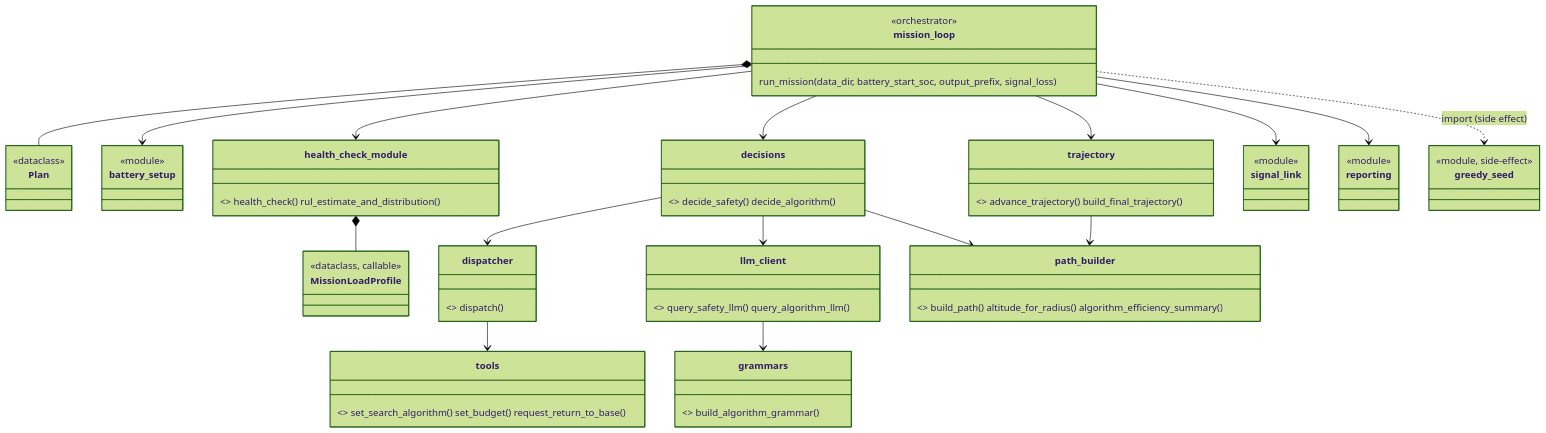
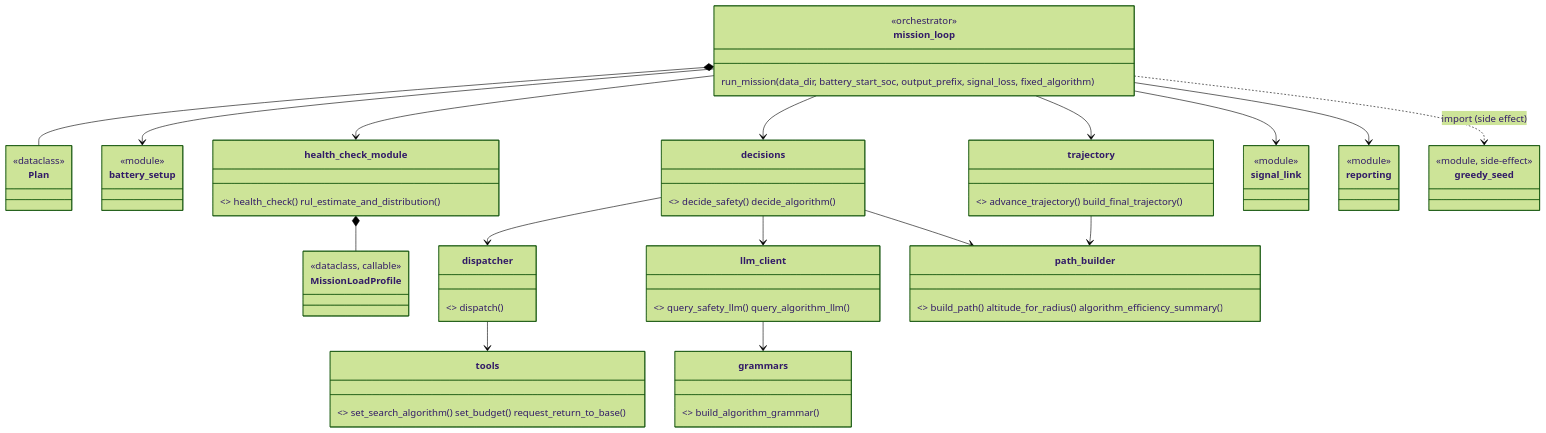
Before and after one commit to iris-cmd22/SARa: the diagram in README.md, drawn with Mermaid (forest theme). The commit also changed other lines of this file and 3 other files, not shown here.

````diff
--- a/README.md
+++ b/README.md
@@ -13,37 +13,37 @@
 ```mermaid
 classDiagram
     class mission_loop {
         <<orchestrator>>
-        run_mission(data_dir, battery_start_soc, output_prefix, signal_loss)
+        run_mission(data_dir, battery_start_soc, output_prefix, signal_loss, fixed_algorithm)
     }
     class Plan { <<dataclass>> }
     class path_builder { <<module>> build_path() altitude_for_radius() algorithm_efficiency_summary() }
     class health_check_module { <<module: health_check.py>> health_check() rul_estimate_and_distribution() }
     class MissionLoadProfile { <<dataclass, callable>> }
     class battery_setup { <<module>> }
     class greedy_seed { <<module, side-effect>> }
     class trajectory { <<module>> advance_trajectory() build_final_trajectory() }
     class decisions { <<module>> decide_safety() decide_algorithm() }
     class dispatcher { <<module>> dispatch() }
     class tools { <<module>> set_search_algorithm() set_budget() request_return_to_base() }
     class grammars { <<module>> build_algorithm_grammar() }
     class llm_client { <<module>> query_safety_llm() query_algorithm_llm() }
     class signal_link { <<module>> }
     class reporting { <<module>> }
 
     mission_loop *-- Plan
     mission_loop --> battery_setup
     mission_loop --> health_check_module
     mission_loop --> decisions
     mission_loop --> trajectory
     mission_loop --> signal_link
     mission_loop --> reporting
     mission_loop ..> greedy_seed : import (side effect)
     health_check_module *-- MissionLoadProfile
     decisions --> dispatcher
     decisions --> llm_client
     decisions --> path_builder
     dispatcher --> tools
     llm_client --> grammars
     trajectory --> path_builder
 ```
````
